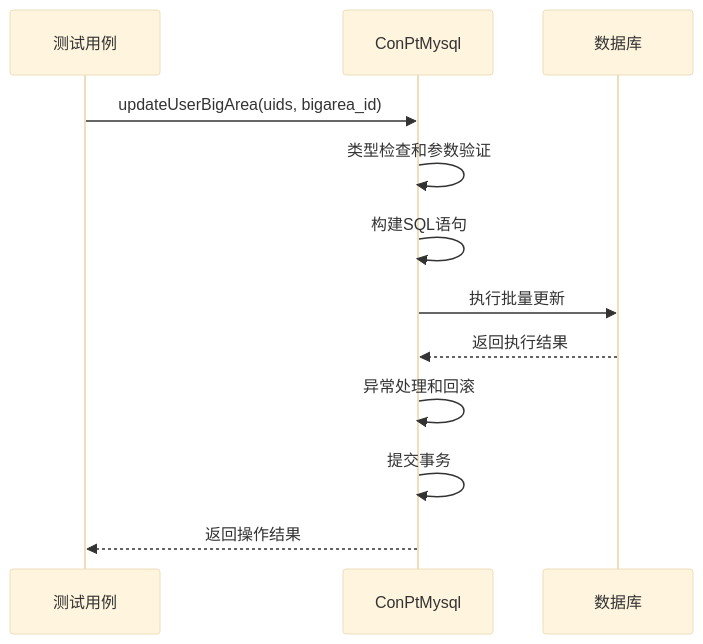
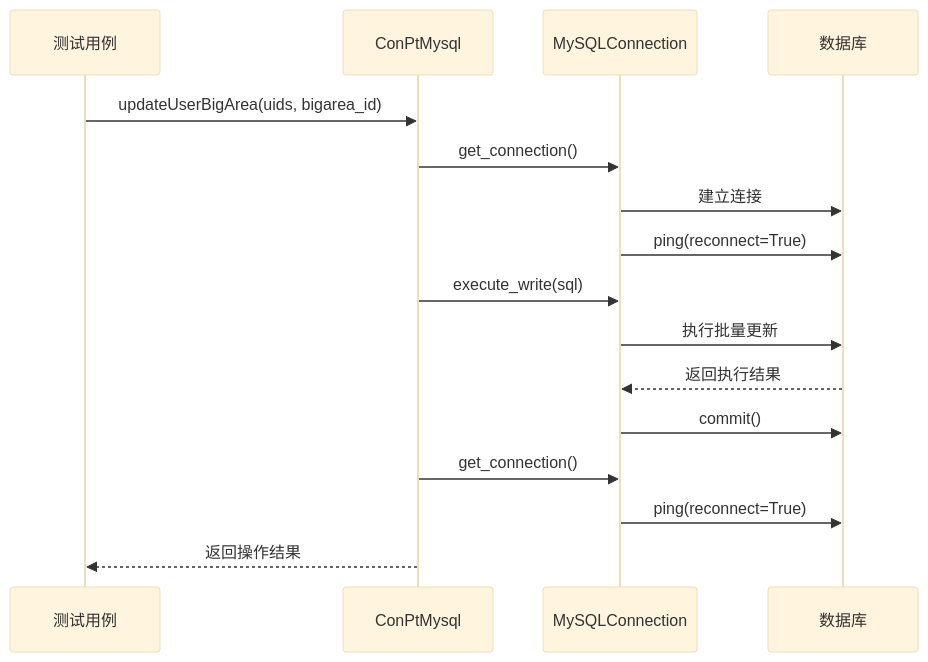
One commit to liximing1-ola/qa-payTest changed the fourth of 8 diagrams in .qoder/repowiki/zh/content/核心模块/数据库操作模块.md. Above: the diagram before and after it, drawn with Mermaid (base theme). The commit also changed other lines of this file and 6 other files, not shown here.

````diff
--- a/.qoder/repowiki/zh/content/核心模块/数据库操作模块.md
+++ b/.qoder/repowiki/zh/content/核心模块/数据库操作模块.md
@@ -269,14 +281,18 @@
 ```mermaid
 sequenceDiagram
 participant Test as 测试用例
 participant PT as ConPtMysql
+participant Manager as MySQLConnection
 participant DB as 数据库
 Test->>PT : updateUserBigArea(uids, bigarea_id)
-PT->>PT : 类型检查和参数验证
-PT->>PT : 构建SQL语句
-PT->>DB : 执行批量更新
-DB-->>PT : 返回执行结果
-PT->>PT : 异常处理和回滚
-PT->>PT : 提交事务
+PT->>Manager : get_connection()
+Manager->>DB : 建立连接
+Manager->>DB : ping(reconnect=True)
+PT->>Manager : execute_write(sql)
+Manager->>DB : 执行批量更新
+DB-->>Manager : 返回执行结果
+Manager->>DB : commit()
+PT->>Manager : get_connection()
+Manager->>DB : ping(reconnect=True)
 PT-->>Test : 返回操作结果
 ```
````
